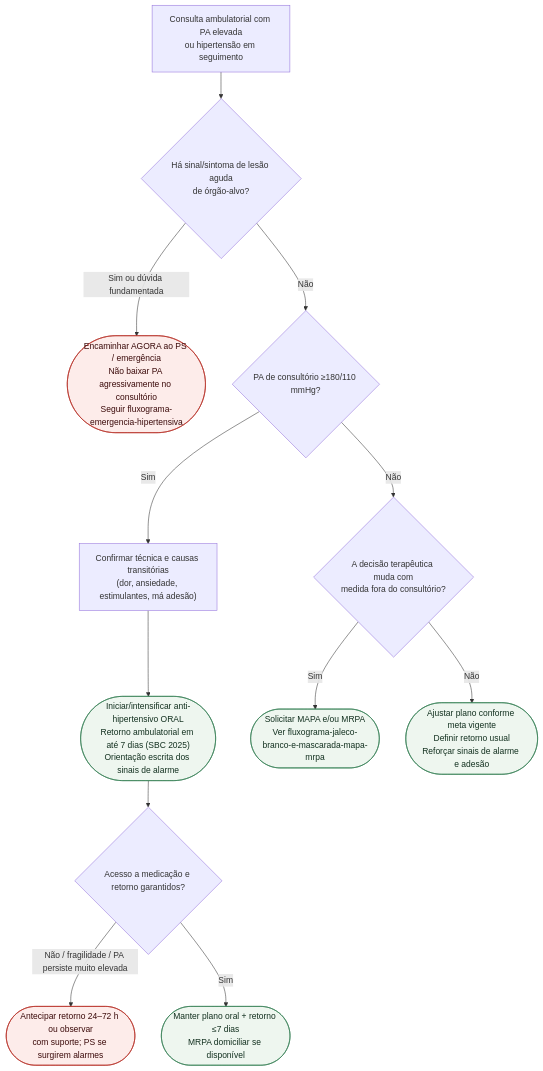
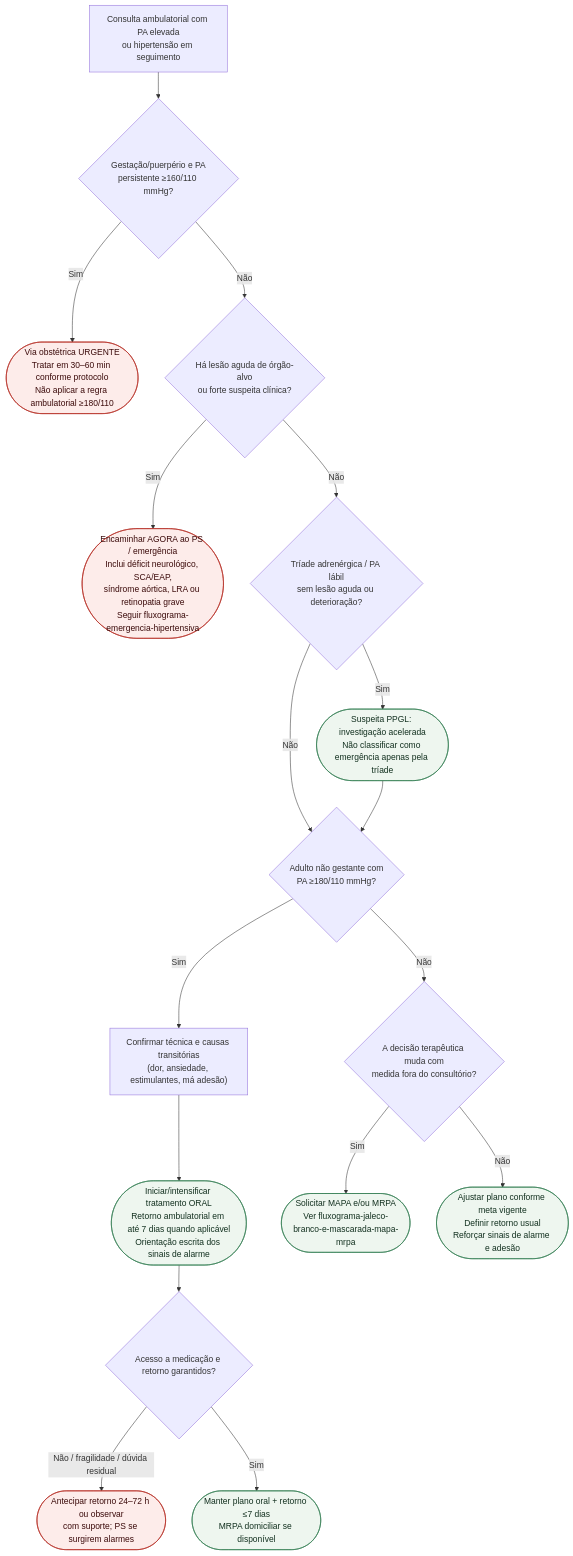
Before and after one commit to rafaelpaesmeirelles/MeuCardio: the diagram in content/Hipertensão/fluxograma-sinais-de-alarme-ambulatoriais-hipertensao.md, drawn with Mermaid. The commit also changed other lines of this file, not shown here.

Commit message:
fix(content): corrige fluxograma hipertensão ambulatorial

````diff
--- a/content/Hipertensão/fluxograma-sinais-de-alarme-ambulatoriais-hipertensao.md
+++ b/content/Hipertensão/fluxograma-sinais-de-alarme-ambulatoriais-hipertensao.md
@@ -24,25 +24,31 @@
 ```mermaid
 flowchart TD
-  R0["Consulta ambulatorial com PA elevada<br/>ou hipertensão em seguimento"] --> D1{"Há sinal/sintoma de lesão aguda<br/>de órgão-alvo?"}
+  R0["Consulta ambulatorial com PA elevada<br/>ou hipertensão em seguimento"] --> D0{"Gestação/puerpério e PA<br/>persistente ≥160/110 mmHg?"}
 
-  D1 -->|"Sim ou dúvida fundamentada"| C1(["Encaminhar AGORA ao PS / emergência<br/>Não baixar PA agressivamente no consultório<br/>Seguir fluxograma-emergencia-hipertensiva"])
+  D0 -->|"Sim"| C0(["Via obstétrica URGENTE<br/>Tratar em 30–60 min conforme protocolo<br/>Não aplicar a regra ambulatorial ≥180/110"])
+  D0 -->|"Não"| D1{"Há lesão aguda de órgão-alvo<br/>ou forte suspeita clínica?"}
 
-  D1 -->|"Não"| D2{"PA de consultório ≥180/110 mmHg?"}
+  D1 -->|"Sim"| C1(["Encaminhar AGORA ao PS / emergência<br/>Inclui déficit neurológico, SCA/EAP,<br/>síndrome aórtica, LRA ou retinopatia grave<br/>Seguir fluxograma-emergencia-hipertensiva"])
+
+  D1 -->|"Não"| D1B{"Tríade adrenérgica / PA lábil<br/>sem lesão aguda ou deterioração?"}
+  D1B -->|"Sim"| C1B(["Suspeita PPGL: investigação acelerada<br/>Não classificar como emergência apenas pela tríade"])
+  D1B -->|"Não"| D2{"Adulto não gestante com<br/>PA ≥180/110 mmHg?"}
+  C1B --> D2
 
   D2 -->|"Sim"| P1["Confirmar técnica e causas transitórias<br/>(dor, ansiedade, estimulantes, má adesão)"]
-  P1 --> C2(["Iniciar/intensificar anti-hipertensivo ORAL<br/>Retorno ambulatorial em até 7 dias (SBC 2025)<br/>Orientação escrita dos sinais de alarme"])
+  P1 --> C2(["Iniciar/intensificar tratamento ORAL<br/>Retorno ambulatorial em até 7 dias quando aplicável<br/>Orientação escrita dos sinais de alarme"])
 
   D2 -->|"Não"| D3{"A decisão terapêutica muda com<br/>medida fora do consultório?"}
 
   D3 -->|"Sim"| C3(["Solicitar MAPA e/ou MRPA<br/>Ver fluxograma-jaleco-branco-e-mascarada-mapa-mrpa"])
   D3 -->|"Não"| C4(["Ajustar plano conforme meta vigente<br/>Definir retorno usual<br/>Reforçar sinais de alarme e adesão"])
 
   C2 --> D4{"Acesso a medicação e retorno garantidos?"}
-  D4 -->|"Não / fragilidade / PA persiste muito elevada"| C5(["Antecipar retorno 24–72 h ou observar<br/>com suporte; PS se surgirem alarmes"])
+  D4 -->|"Não / fragilidade / dúvida residual"| C5(["Antecipar retorno 24–72 h ou observar<br/>com suporte; PS se surgirem alarmes"])
   D4 -->|"Sim"| C6(["Manter plano oral + retorno ≤7 dias<br/>MRPA domiciliar se disponível"])
 
   classDef conduta fill:#eef6ef,stroke:#2f7a4f,color:#12301f;
   classDef alerta fill:#fdecea,stroke:#b3261e,color:#3b0a0a;
-  class C1,C5 alerta;
-  class C2,C3,C4,C6 conduta;
+  class C0,C1,C5 alerta;
+  class C1B,C2,C3,C4,C6 conduta;
 ```
````
